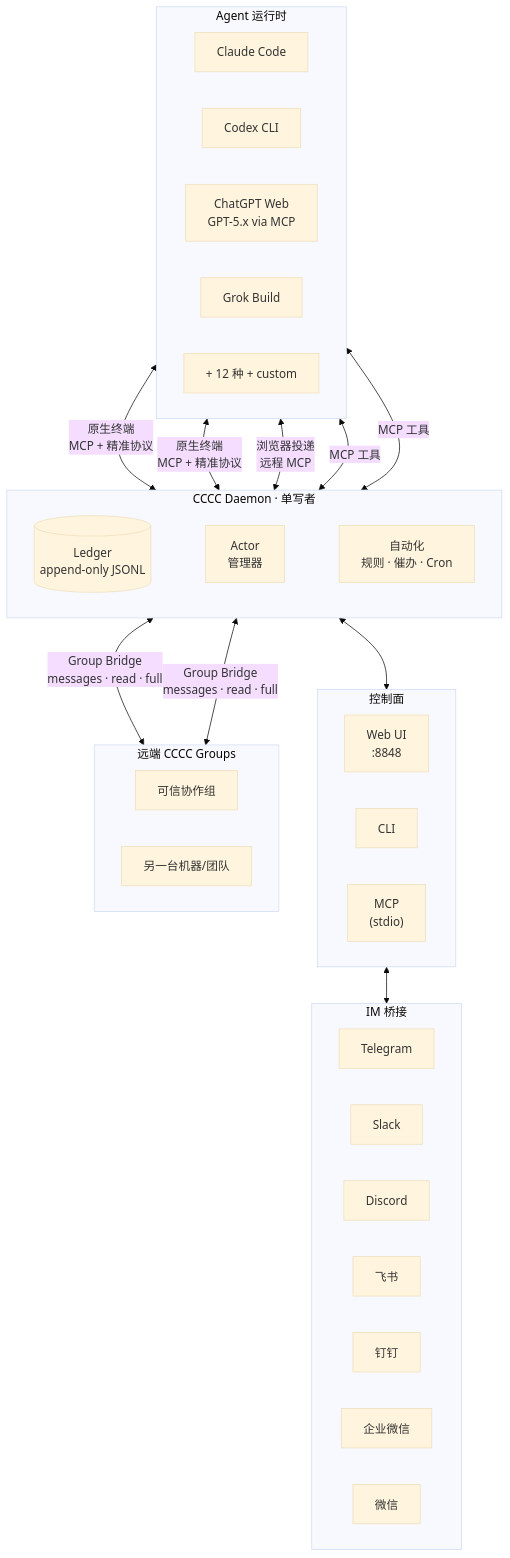
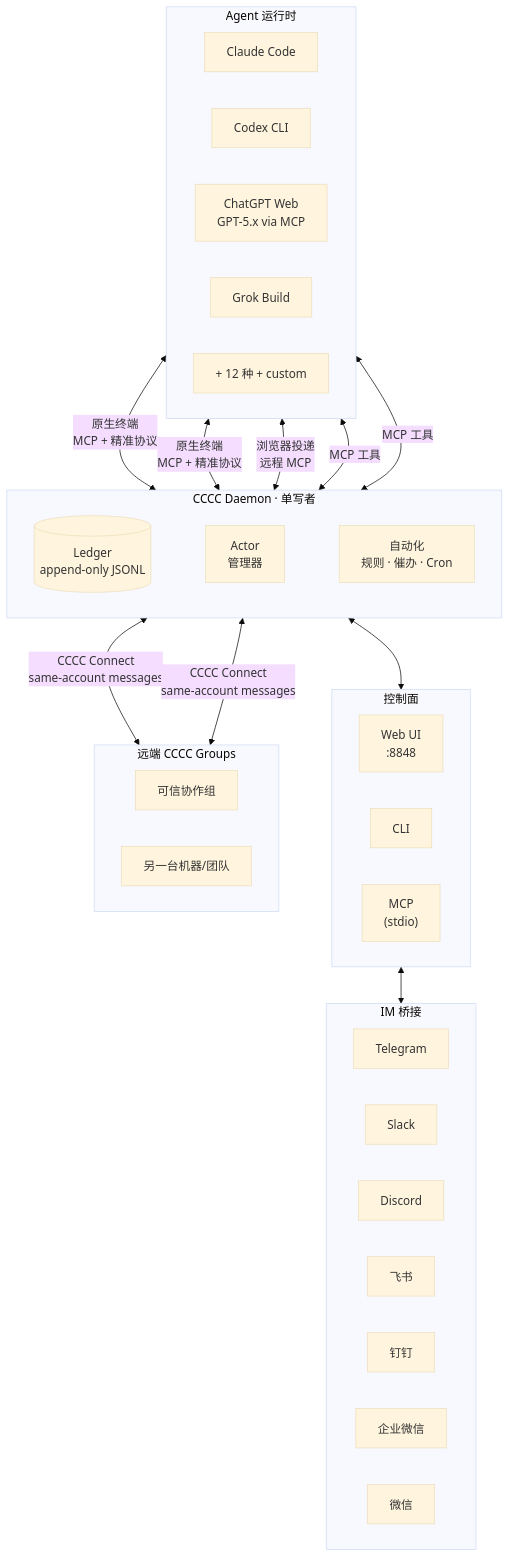
The diagram in README.zh-CN.md (ChesterRa/cccc), drawn with Mermaid (base theme) before and after one commit. The commit also changed other lines of this file and 297 other files, not shown here.

First line of the commit message:
feat: introduce CCCC Connect across instances

````diff
--- a/README.zh-CN.md
+++ b/README.zh-CN.md
@@ -162,54 +162,54 @@
 ```mermaid
 graph TB
     subgraph Agents["Agent 运行时"]
         direction LR
         A1["Claude Code"]
         A2["Codex CLI"]
         A3["ChatGPT Web<br/>GPT-5.x via MCP"]
         A4["Grok Build"]
         A5["+ 12 种 + custom"]
     end
 
     subgraph Daemon["CCCC Daemon · 单写者"]
         direction LR
         Ledger[("Ledger<br/>append-only JSONL")]
         ActorMgr["Actor<br/>管理器"]
         Auto["自动化<br/>规则 · 催办 · Cron"]
         Ledger ~~~ ActorMgr ~~~ Auto
     end
 
     subgraph Ports["控制面"]
         direction LR
         Web["Web UI<br/>:8848"]
         CLI["CLI"]
         MCP["MCP<br/>(stdio)"]
     end
 
     subgraph IM["IM 桥接"]
         direction LR
         TG["Telegram"]
         SL["Slack"]
         DC["Discord"]
         FS["飞书"]
         DT["钉钉"]
         WC["企业微信"]
         WX["微信"]
     end
 
     subgraph Remote["远端 CCCC Groups"]
         direction LR
         RG1["可信协作组"]
         RG2["另一台机器/团队"]
     end
 
     A1 <-->|原生终端<br/>MCP + 精准协议| Daemon
     A2 <-->|原生终端<br/>MCP + 精准协议| Daemon
     A3 <-->|浏览器投递<br/>远程 MCP| Daemon
     A4 <-->|MCP 工具| Daemon
     A5 <-->|MCP 工具| Daemon
     Daemon <--> Ports
     Web <--> IM
-    Daemon <-->|Group Bridge<br/>messages · read · full| RG1
-    Daemon <-->|Group Bridge<br/>messages · read · full| RG2
+    Daemon <-->|CCCC Connect<br/>same-account messages| RG1
+    Daemon <-->|CCCC Connect<br/>same-account messages| RG2
 
 ```
````
